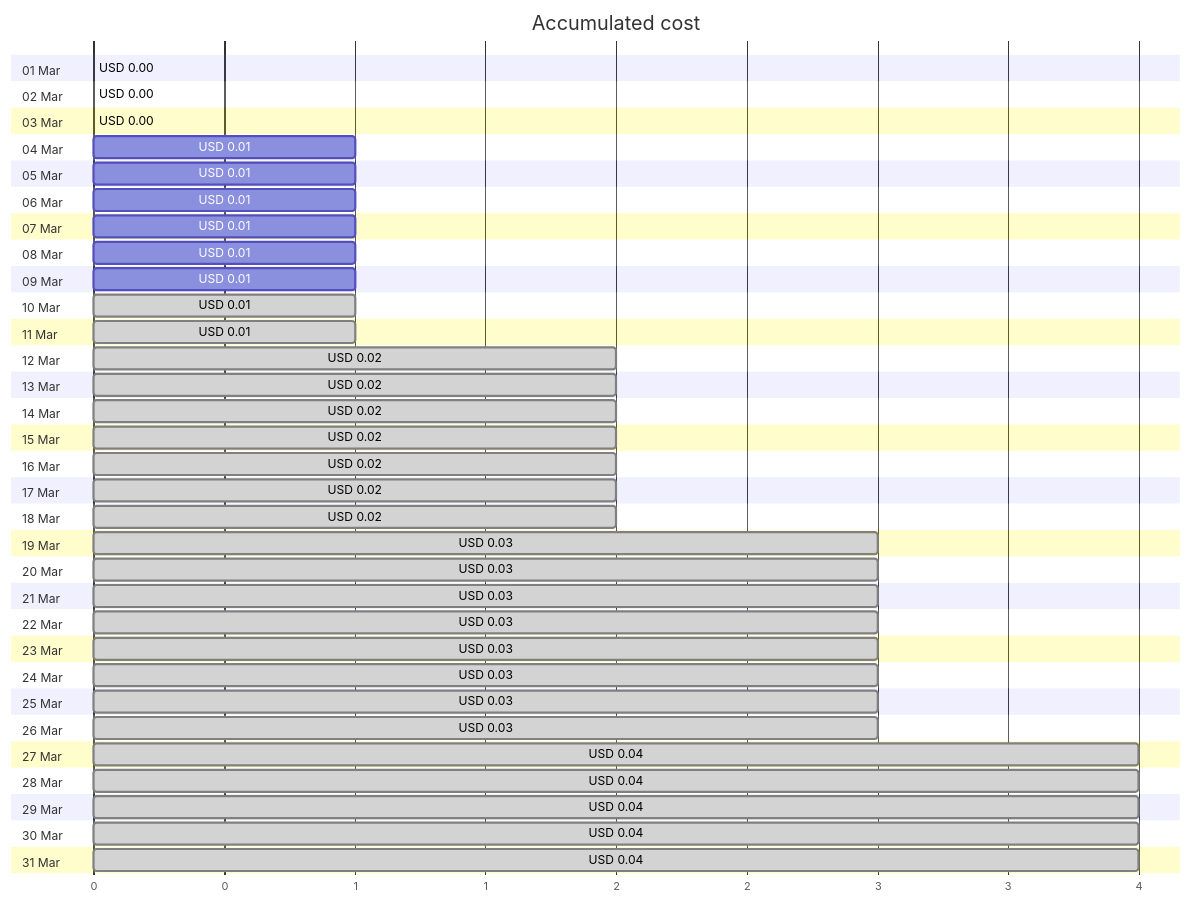
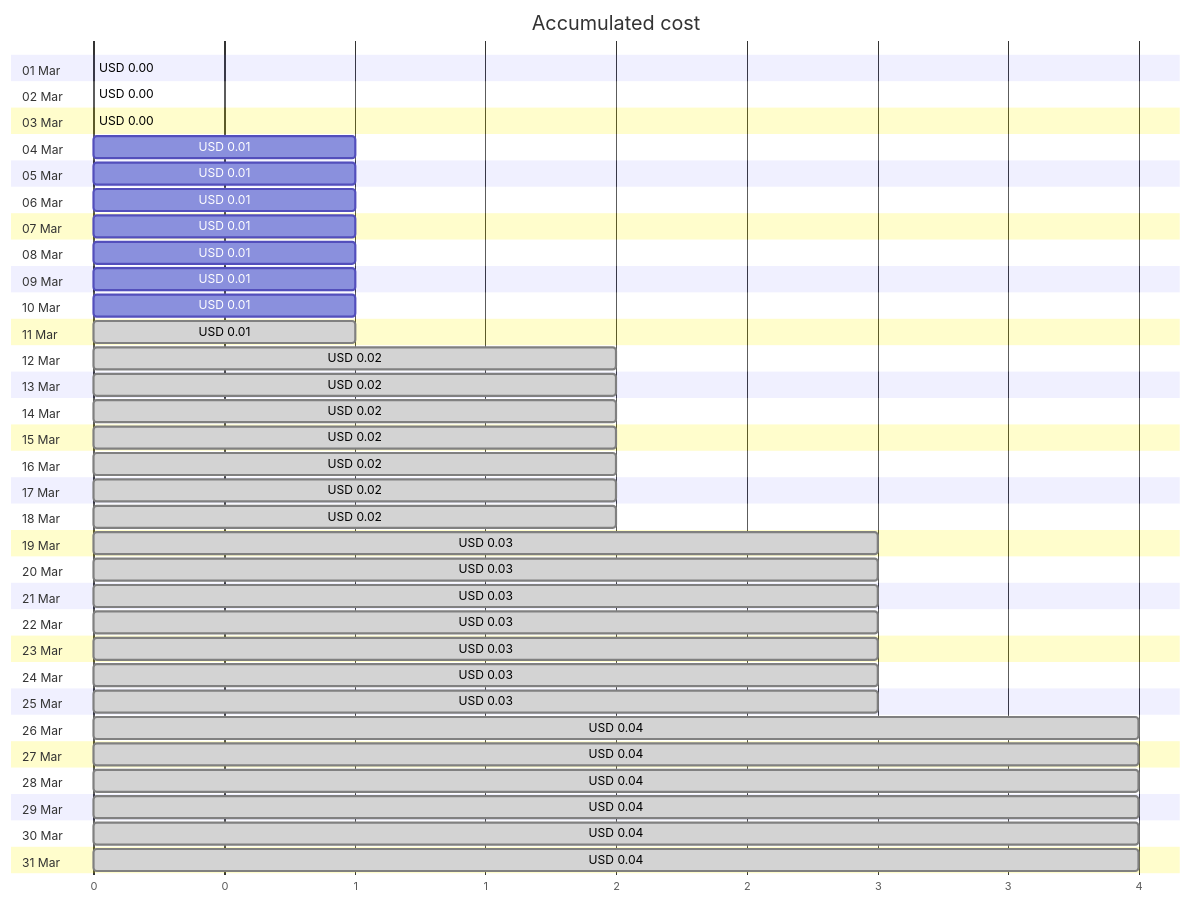
One commit to jpfulton/azure-personal-reports changed the first of 4 diagrams in cost-reports/personal-site/personalsiteapistorage.md. Above: the diagram before and after it, drawn with Mermaid. The commit also changed other lines of this file and 6 other files, not shown here.

````diff
--- a/cost-reports/personal-site/personalsiteapistorage.md
+++ b/cost-reports/personal-site/personalsiteapistorage.md
@@ -20,68 +20,68 @@
 ```mermaid
 gantt
    title Accumulated cost
    dateFormat  X
    axisFormat %s
    section 01 Mar
    USD 0.00 :0, 0
    section 02 Mar
    USD 0.00 :0, 0
    section 03 Mar
    USD 0.00 :0, 0
    section 04 Mar
    USD 0.01 :0, 1
    section 05 Mar
    USD 0.01 :0, 1
    section 06 Mar
    USD 0.01 :0, 1
    section 07 Mar
    USD 0.01 :0, 1
    section 08 Mar
    USD 0.01 :0, 1
    section 09 Mar
    USD 0.01 :0, 1
    section 10 Mar
-   USD 0.01 : done, 0, 1
+   USD 0.01 :0, 1
    section 11 Mar
    USD 0.01 : done, 0, 1
    section 12 Mar
    USD 0.02 : done, 0, 2
    section 13 Mar
    USD 0.02 : done, 0, 2
    section 14 Mar
    USD 0.02 : done, 0, 2
    section 15 Mar
    USD 0.02 : done, 0, 2
    section 16 Mar
    USD 0.02 : done, 0, 2
    section 17 Mar
    USD 0.02 : done, 0, 2
    section 18 Mar
    USD 0.02 : done, 0, 2
    section 19 Mar
    USD 0.03 : done, 0, 3
    section 20 Mar
    USD 0.03 : done, 0, 3
    section 21 Mar
    USD 0.03 : done, 0, 3
    section 22 Mar
    USD 0.03 : done, 0, 3
    section 23 Mar
    USD 0.03 : done, 0, 3
    section 24 Mar
    USD 0.03 : done, 0, 3
    section 25 Mar
    USD 0.03 : done, 0, 3
    section 26 Mar
-   USD 0.03 : done, 0, 3
+   USD 0.04 : done, 0, 4
    section 27 Mar
    USD 0.04 : done, 0, 4
    section 28 Mar
    USD 0.04 : done, 0, 4
    section 29 Mar
    USD 0.04 : done, 0, 4
    section 30 Mar
    USD 0.04 : done, 0, 4
    section 31 Mar
    USD 0.04 : done, 0, 4
 ```
````
